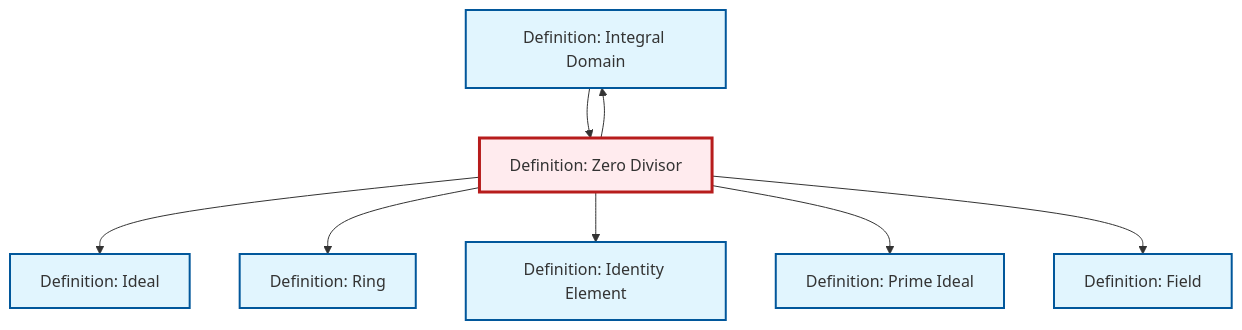
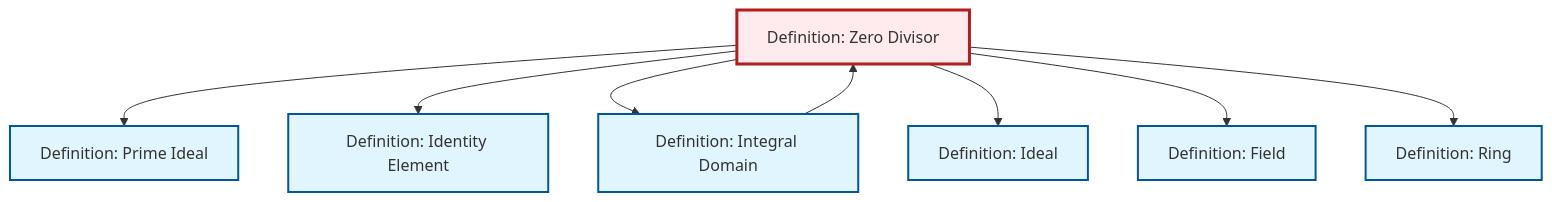
One commit to RK0429/ModernMath changed the diagram in output/mermaid/en/def-zero-divisor.mermaid. Above: the diagram before and after it, drawn with Mermaid. The commit also changed other lines of this file and 4237 other files, not shown here.

```diff
--- a/output/mermaid/en/def-zero-divisor.mermaid
+++ b/output/mermaid/en/def-zero-divisor.mermaid
@@ -1,21 +1,21 @@
 graph TD
     classDef definition fill:#e1f5fe,stroke:#01579b,stroke-width:2px
     classDef theorem fill:#f3e5f5,stroke:#4a148c,stroke-width:2px
     classDef axiom fill:#fff3e0,stroke:#e65100,stroke-width:2px
     classDef example fill:#e8f5e9,stroke:#1b5e20,stroke-width:2px
     classDef current fill:#ffebee,stroke:#b71c1c,stroke-width:3px
+    def-ideal["Definition: Ideal"]:::definition
     def-field["Definition: Field"]:::definition
+    def-zero-divisor["Definition: Zero Divisor"]:::definition
     def-identity-element["Definition: Identity Element"]:::definition
     def-prime-ideal["Definition: Prime Ideal"]:::definition
     def-integral-domain["Definition: Integral Domain"]:::definition
-    def-ideal["Definition: Ideal"]:::definition
-    def-zero-divisor["Definition: Zero Divisor"]:::definition
     def-ring["Definition: Ring"]:::definition
+    def-zero-divisor --> def-prime-ideal
+    def-zero-divisor --> def-identity-element
     def-integral-domain --> def-zero-divisor
+    def-zero-divisor --> def-integral-domain
     def-zero-divisor --> def-ideal
+    def-zero-divisor --> def-field
     def-zero-divisor --> def-ring
-    def-zero-divisor --> def-identity-element
-    def-zero-divisor --> def-prime-ideal
-    def-zero-divisor --> def-integral-domain
-    def-zero-divisor --> def-field
     class def-zero-divisor current
```
